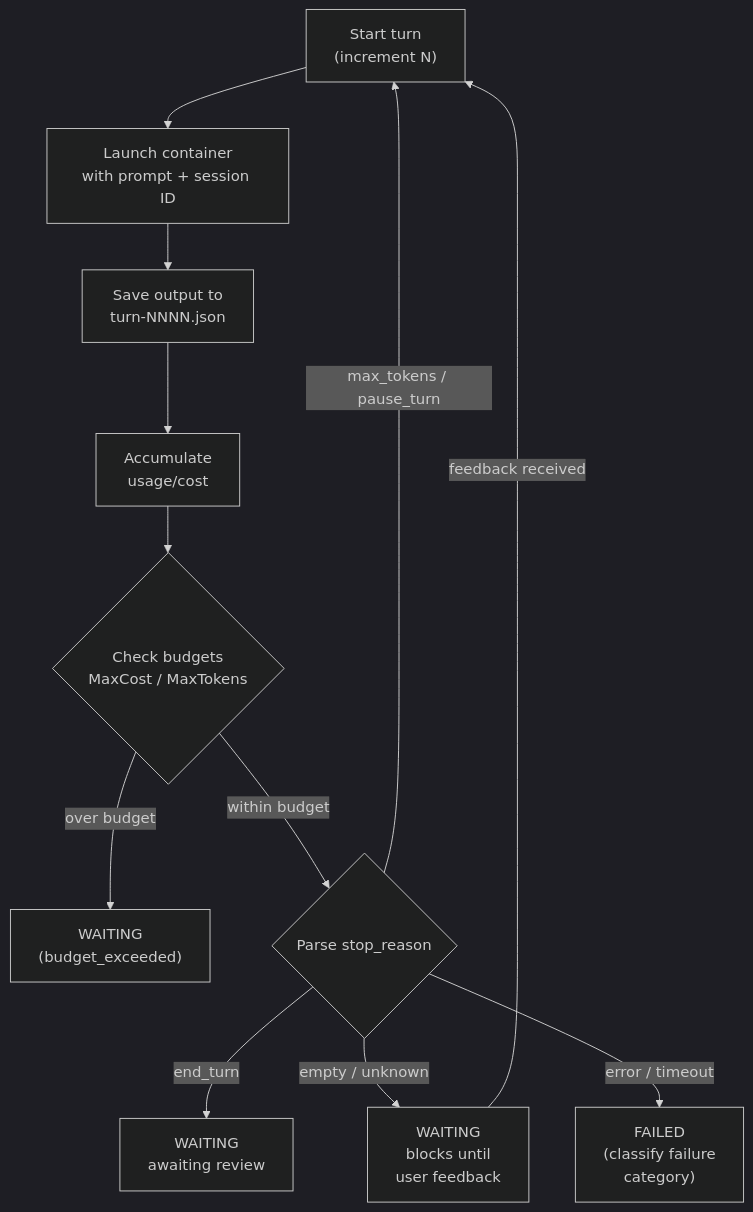
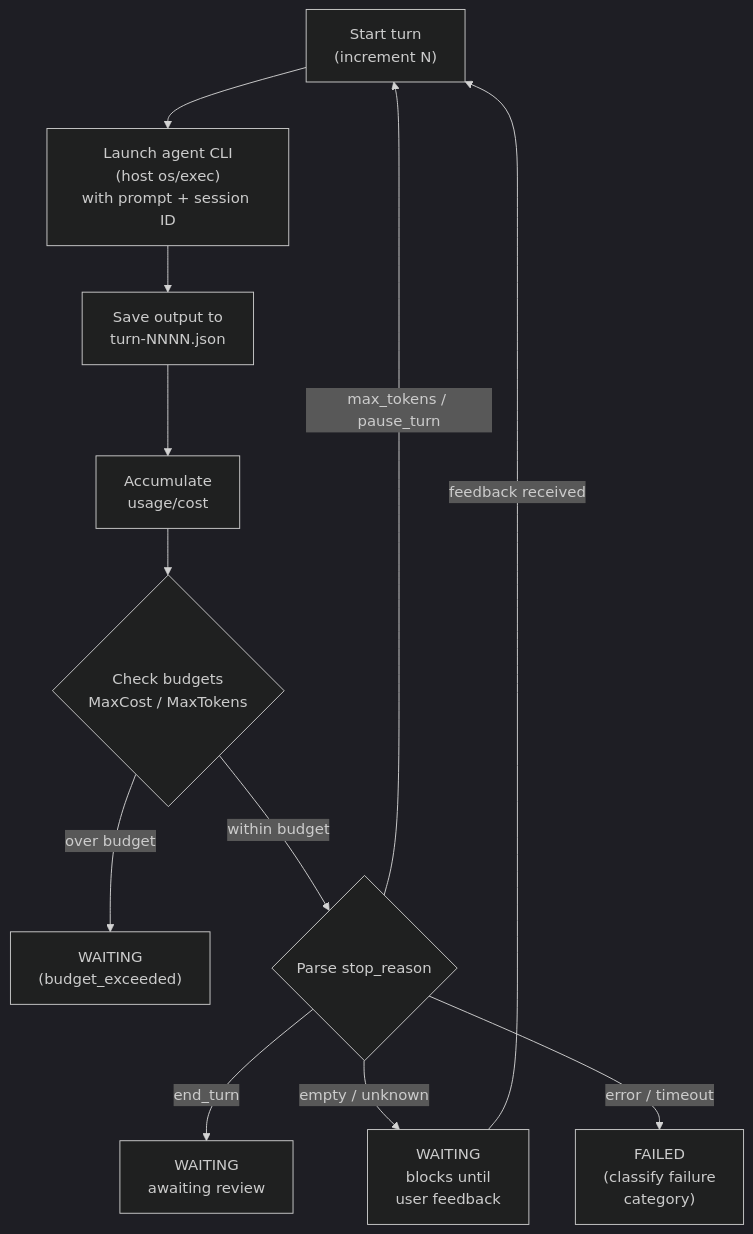
One commit to changkun/wallfacer changed the third of 6 diagrams in docs/internals/architecture.md. Above: the diagram before and after it, drawn with Mermaid (dark theme). The commit also changed other lines of this file, not shown here.

First line of the commit message:
docs(internals): host-process architecture, real package map and watchers

````diff
--- a/docs/internals/architecture.md
+++ b/docs/internals/architecture.md
@@ -92,17 +106,17 @@
 ```mermaid
 flowchart TD
-    Start["Start turn<br/>(increment N)"] --> Launch["Launch container<br/>with prompt + session ID"]
+    Start["Start turn<br/>(increment N)"] --> Launch["Launch agent CLI<br/>(host os/exec)<br/>with prompt + session ID"]
     Launch --> Save["Save output to<br/>turn-NNNN.json"]
     Save --> Usage["Accumulate<br/>usage/cost"]
     Usage --> Budget{"Check budgets<br/>MaxCost / MaxTokens"}
 
     Budget -->|over budget| WaitingBudget["WAITING<br/>(budget_exceeded)"]
     Budget -->|within budget| Parse{"Parse stop_reason"}
 
     Parse -->|end_turn| Waiting2["WAITING<br/>awaiting review"]
     Parse -->|"max_tokens / pause_turn"| Start
     Parse -->|"empty / unknown"| Waiting["WAITING<br/>blocks until<br/>user feedback"]
     Parse -->|"error / timeout"| FailedError["FAILED<br/>(classify failure<br/>category)"]
 
     Waiting -->|feedback received| Start
 ```
````
